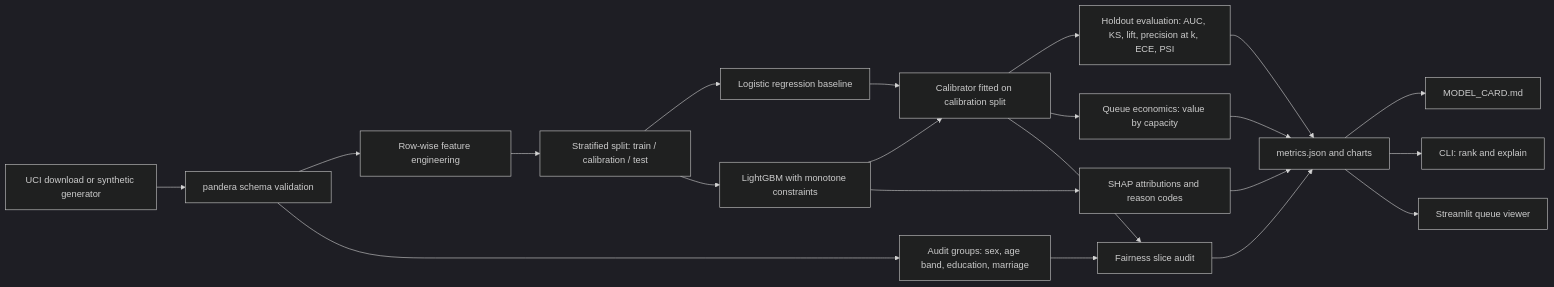
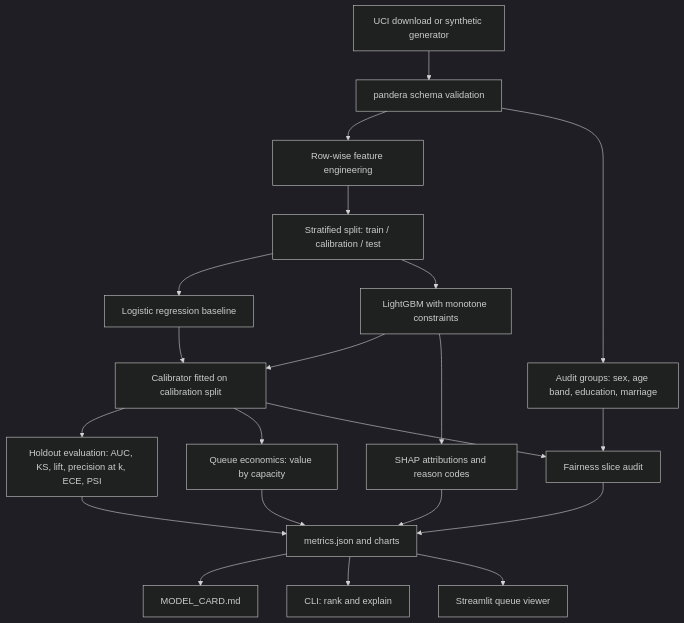
One commit to seanmcrae/credit-risk-explain changed the diagram in README.md. Above: the diagram before and after it, drawn with Mermaid (dark theme). The commit also changed 13 other files, not shown here.

Commit message:
Add offline docs site generator with pre-rendered architecture diagram

````diff
--- a/README.md
+++ b/README.md
@@ -111,23 +111,23 @@
 ```mermaid
-flowchart LR
+flowchart TB
     A["UCI download or synthetic generator"] --> B["pandera schema validation"]
     B --> C["Row-wise feature engineering"]
     B --> G["Audit groups: sex, age band, education, marriage"]
     C --> D["Stratified split: train / calibration / test"]
     D --> E1["Logistic regression baseline"]
     D --> E2["LightGBM with monotone constraints"]
     E1 --> F["Calibrator fitted on calibration split"]
     E2 --> F
     F --> H["Holdout evaluation: AUC, KS, lift, precision at k, ECE, PSI"]
     F --> I["Queue economics: value by capacity"]
     E2 --> J["SHAP attributions and reason codes"]
     G --> K["Fairness slice audit"]
     F --> K
     H --> L["metrics.json and charts"]
     I --> L
     J --> L
     K --> L
     L --> M["MODEL_CARD.md"]
     L --> N["CLI: rank and explain"]
     L --> O["Streamlit queue viewer"]
 ```
````
